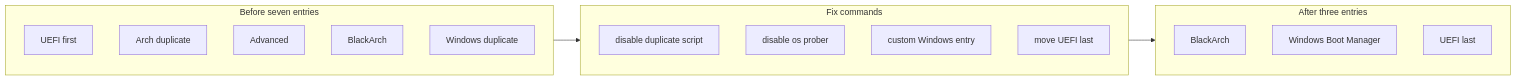
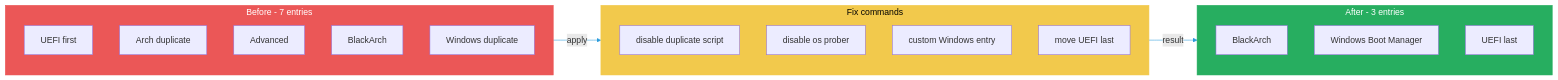
Before and after one commit to 444Nazky/My-Vault: the fourth of 11 diagrams in Graphs/System-Diagrams.md, drawn with Mermaid. The commit also changed other lines of this file and 15 other files, not shown here.

````diff
--- a/Graphs/System-Diagrams.md
+++ b/Graphs/System-Diagrams.md
@@ -63,23 +82,27 @@
 ```mermaid
+%%{init: {'theme': 'default', 'themeVariables': { 'primaryColor': '#2D9CDB', 'lineColor': '#2D9CDB'}}}%%
 graph LR
- subgraph BEFORE["Before seven entries"]
+ subgraph BEFORE["Before - 7 entries"]
  A1["UEFI first"]
  A2["Arch duplicate"]
  A3["Advanced"]
  A4["BlackArch"]
  A5["Windows duplicate"]
  end
  subgraph FIXG["Fix commands"]
  F1["disable duplicate script"]
  F2["disable os prober"]
  F3["custom Windows entry"]
  F4["move UEFI last"]
  end
- subgraph AFTER["After three entries"]
+ subgraph AFTER["After - 3 entries"]
  B1["BlackArch"]
  B2["Windows Boot Manager"]
  B3["UEFI last"]
  end
- BEFORE --> FIXG
- FIXG --> AFTER
+ BEFORE -->|apply| FIXG
+ FIXG -->|result| AFTER
+ style BEFORE fill:#EB5757,stroke:#EB5757,color:#fff
+ style FIXG fill:#F2C94C,stroke:#F2C94C,color:#000
+ style AFTER fill:#27AE60,stroke:#27AE60,color:#fff
 ```
````
